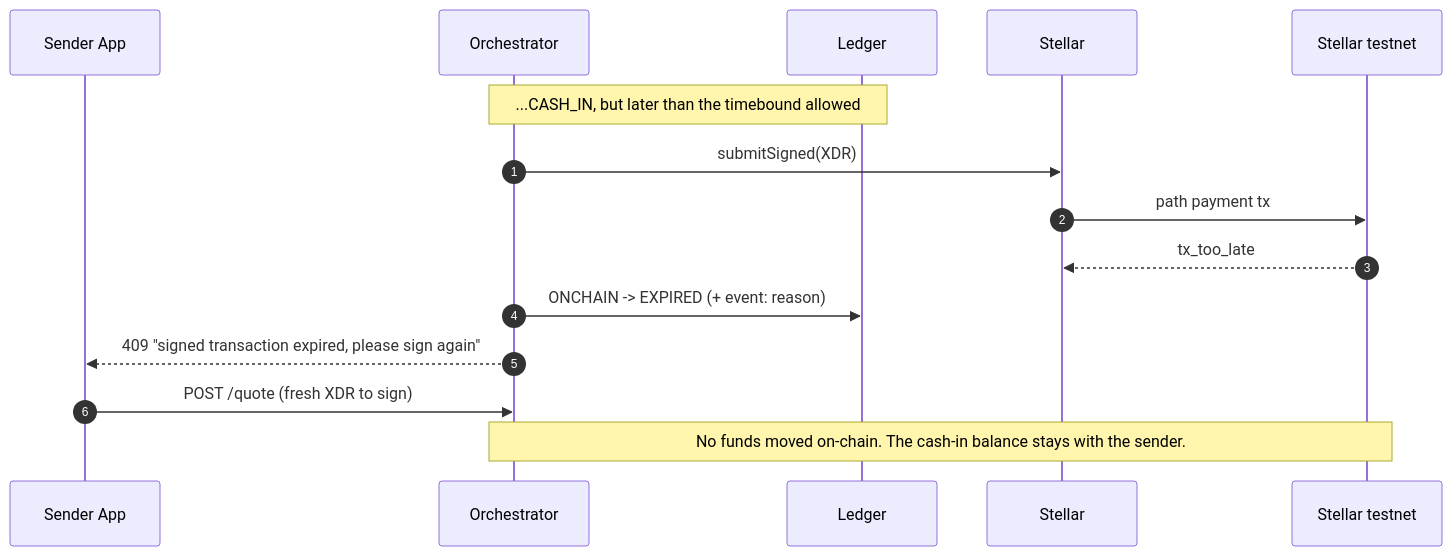
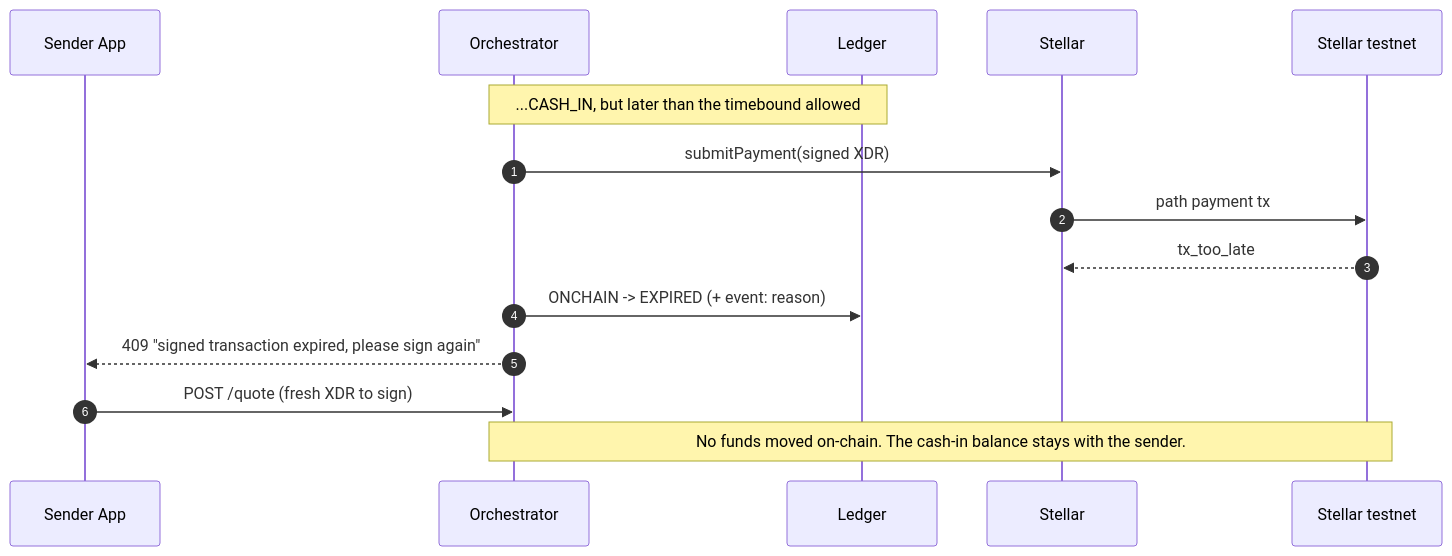
The fifth of 5 diagrams in docs/flows.md (yigitcangokmen/corramoney), drawn with Mermaid before and after one commit. The commit also changed other lines of this file and 9 other files, not shown here.

````diff
--- a/docs/flows.md
+++ b/docs/flows.md
@@ -109,18 +111,18 @@
 ```mermaid
 sequenceDiagram
     autonumber
     participant S as Sender App
     participant O as Orchestrator
     participant L as Ledger
     participant K as Stellar
     participant X as Stellar testnet
 
     Note over O,L: ...CASH_IN, but later than the timebound allowed
-    O->>K: submitSigned(XDR)
+    O->>K: submitPayment(signed XDR)
     K->>X: path payment tx
     X-->>K: tx_too_late
     O->>L: ONCHAIN -> EXPIRED (+ event: reason)
     O-->>S: 409 "signed transaction expired, please sign again"
     S->>O: POST /quote (fresh XDR to sign)
     Note over O,X: No funds moved on-chain. The cash-in balance stays with the sender.
 ```
````
